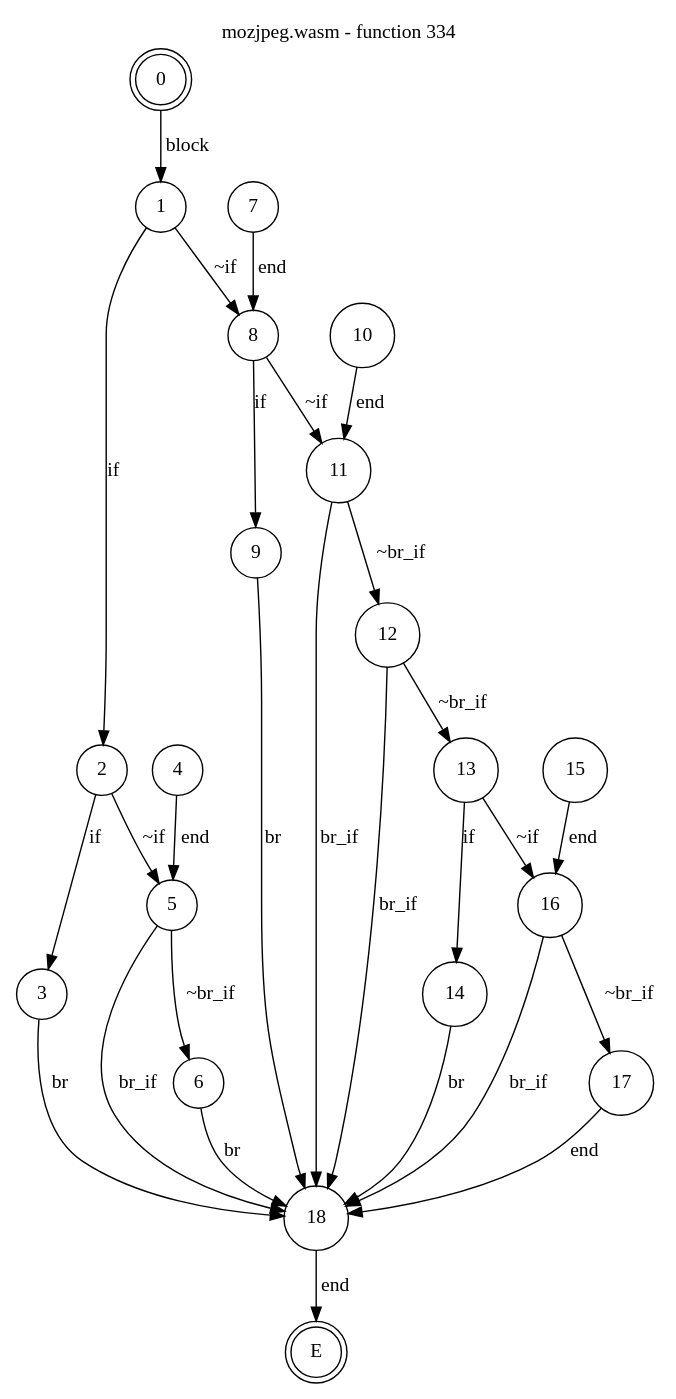
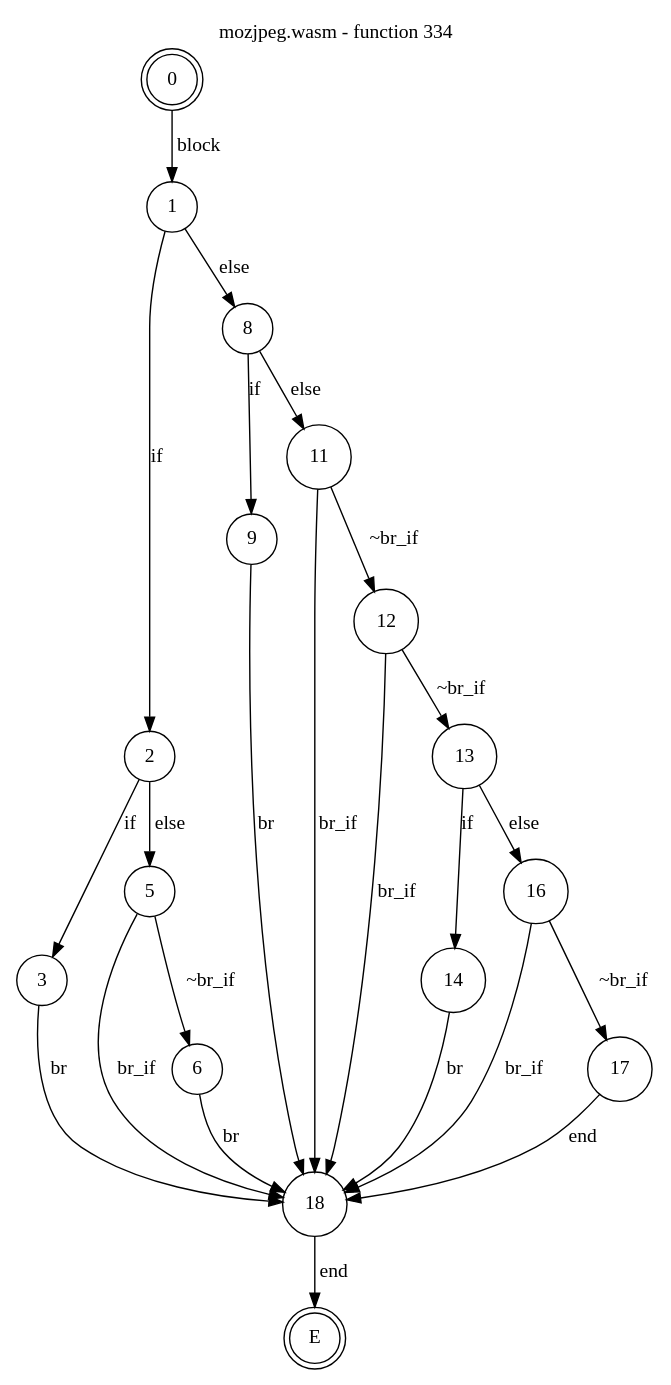
Before and after one commit to jsCarleton/wanalyze: the diagram in test_cases/mozjpeg/funcs/mozjpeg-func334.dot, drawn with Graphviz. The commit also changed 102512 other files, not shown here.

```diff
--- a/test_cases/mozjpeg/funcs/mozjpeg-func334.dot
+++ b/test_cases/mozjpeg/funcs/mozjpeg-func334.dot
@@ -1,36 +1,32 @@
 digraph finite_state_machine {
     label = "mozjpeg.wasm - function 334"
     labelloc =  t
     labelfontsize = 16
     labelfontcolor = black
     labelfontname = "Helvetica"
     node [shape = doublecircle]; 0 E ;
     node [shape = circle];
     0 -> 1[label="block"];
     1 -> 2[label="if"];
-    1 -> 8[label="~if"];
+    1 -> 8[label="else"];
     2 -> 3[label="if"];
-    2 -> 5[label="~if"];
+    2 -> 5[label="else"];
     3 -> 18[label="br"];
-    4 -> 5[label="end"];
     5 -> 6[label="~br_if"];
     5 -> 18[label="br_if"];
     6 -> 18[label="br"];
-    7 -> 8[label="end"];
     8 -> 9[label="if"];
-    8 -> 11[label="~if"];
+    8 -> 11[label="else"];
     9 -> 18[label="br"];
-    10 -> 11[label="end"];
     11 -> 12[label="~br_if"];
     11 -> 18[label="br_if"];
     12 -> 13[label="~br_if"];
     12 -> 18[label="br_if"];
     13 -> 14[label="if"];
-    13 -> 16[label="~if"];
+    13 -> 16[label="else"];
     14 -> 18[label="br"];
-    15 -> 16[label="end"];
     16 -> 17[label="~br_if"];
     16 -> 18[label="br_if"];
     17 -> 18[label="end"];
     18 -> E[label="end"];
 }
```
